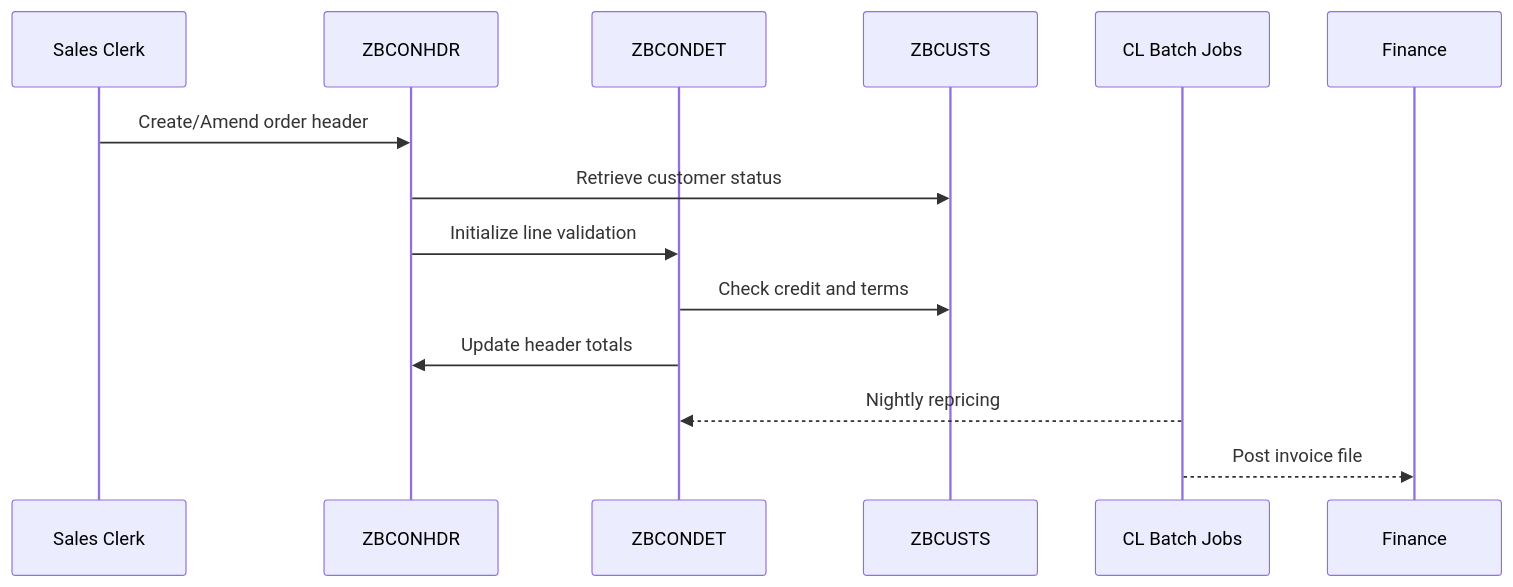
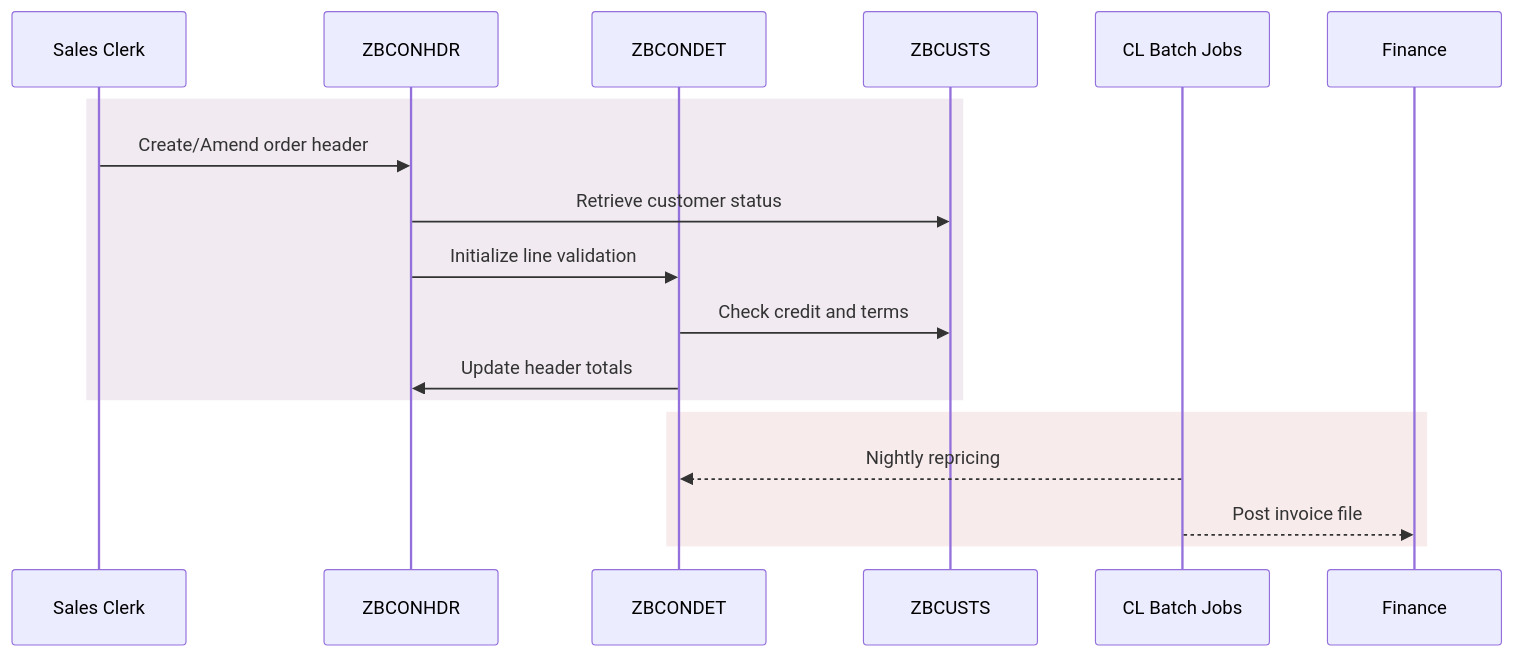
Before and after one commit to asynkron/CobolDemo-GITST: the fifth of 6 diagrams in docs/architecture/overview.md, drawn with Mermaid. The commit also changed other lines of this file and 7 other files, not shown here.

Commit message:
Add accent fills to documentation mermaid diagrams

````diff
--- a/docs/architecture/overview.md
+++ b/docs/architecture/overview.md
@@ -98,17 +121,22 @@
 ```mermaid
 sequenceDiagram
     participant Clerk as Sales Clerk
     participant Entry as ZBCONHDR
     participant Lines as ZBCONDET
     participant Cust as ZBCUSTS
     participant Batch as CL Batch Jobs
     participant Finance as Finance
 
+    %% Use light overlays to spotlight interactive vs. batch-driven exchanges.
+    rect rgba(123,59,123,0.1)
     Clerk->>Entry: Create/Amend order header
     Entry->>Cust: Retrieve customer status
     Entry->>Lines: Initialize line validation
     Lines->>Cust: Check credit and terms
     Lines->>Entry: Update header totals
+    end
+    rect rgba(178,58,72,0.1)
     Batch-->>Lines: Nightly repricing
     Batch-->>Finance: Post invoice file
+    end
 ```
````
